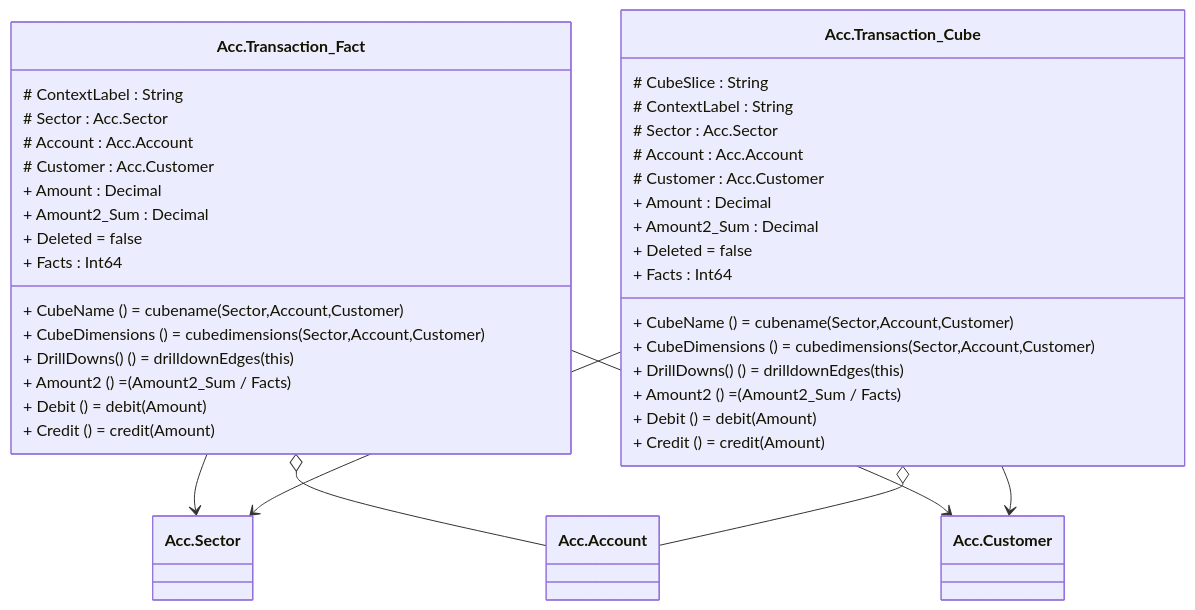
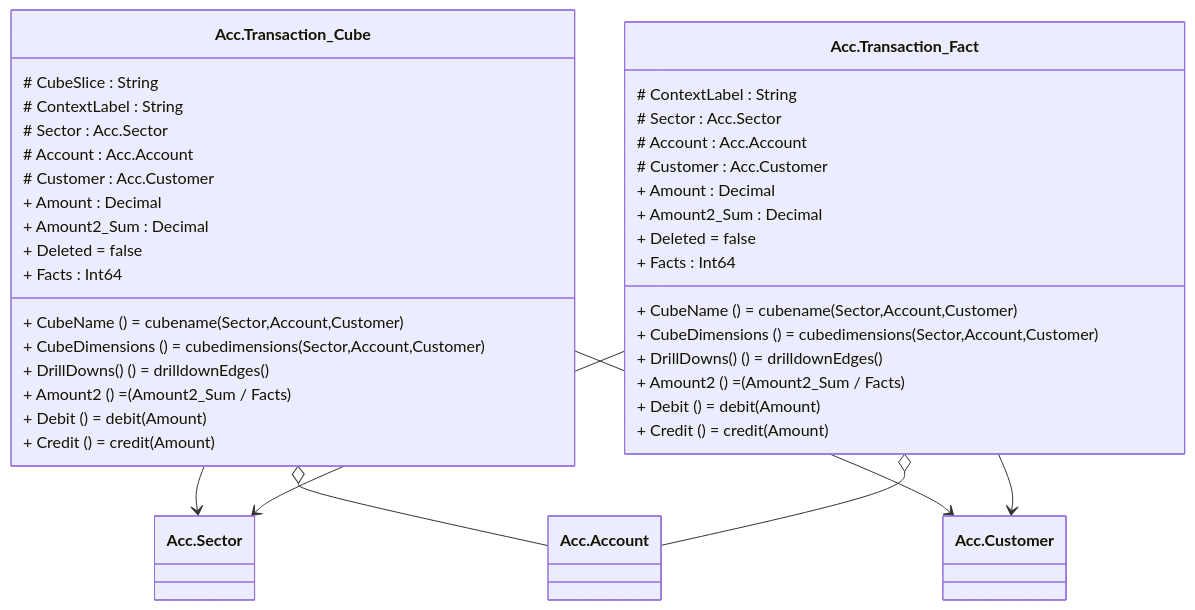
Before and after one commit to channell/Hiperspace: the diagram in examples/Account/Account-graph.md, drawn with Mermaid. The commit also changed other lines of this file and 2496 other files, not shown here.

````diff
--- a/examples/Account/Account-graph.md
+++ b/examples/Account/Account-graph.md
@@ -2,43 +2,43 @@
 ```mermaid
 classDiagram
-    class Acc.Transaction_Fact {
-        # ContextLabel  : String
-        # Sector  : Acc.Sector
-        # Account  : Acc.Account
-        # Customer  : Acc.Customer
-        + Amount  : Decimal
-        + Amount2_Sum  : Decimal
-        + Deleted  = false
-        + Facts  : Int64
-        + CubeName () = cubename(Sector,Account,Customer)
-        + CubeDimensions () = cubedimensions(Sector,Account,Customer)
-        + DrillDowns() () = drilldownEdges(this)
-        + Amount2 () = (Amount2_Sum / Facts)
-        + Debit () = debit(Amount)
-        + Credit () = credit(Amount)
-    }
-    Acc.Transaction_Fact --> Acc.Sector
-    Acc.Transaction_Fact o-- Acc.Account
-    Acc.Transaction_Fact --> Acc.Customer
     class Acc.Transaction_Cube {
         # CubeSlice  : String
         # ContextLabel  : String
         # Sector  : Acc.Sector
         # Account  : Acc.Account
         # Customer  : Acc.Customer
         + Amount  : Decimal
         + Amount2_Sum  : Decimal
         + Deleted  = false
         + Facts  : Int64
         + CubeName () = cubename(Sector,Account,Customer)
         + CubeDimensions () = cubedimensions(Sector,Account,Customer)
-        + DrillDowns() () = drilldownEdges(this)
+        + DrillDowns() () = drilldownEdges()
         + Amount2 () = (Amount2_Sum / Facts)
         + Debit () = debit(Amount)
         + Credit () = credit(Amount)
     }
     Acc.Transaction_Cube --> Acc.Sector
     Acc.Transaction_Cube o-- Acc.Account
     Acc.Transaction_Cube --> Acc.Customer
+    class Acc.Transaction_Fact {
+        # ContextLabel  : String
+        # Sector  : Acc.Sector
+        # Account  : Acc.Account
+        # Customer  : Acc.Customer
+        + Amount  : Decimal
+        + Amount2_Sum  : Decimal
+        + Deleted  = false
+        + Facts  : Int64
+        + CubeName () = cubename(Sector,Account,Customer)
+        + CubeDimensions () = cubedimensions(Sector,Account,Customer)
+        + DrillDowns() () = drilldownEdges()
+        + Amount2 () = (Amount2_Sum / Facts)
+        + Debit () = debit(Amount)
+        + Credit () = credit(Amount)
+    }
+    Acc.Transaction_Fact --> Acc.Sector
+    Acc.Transaction_Fact o-- Acc.Account
+    Acc.Transaction_Fact --> Acc.Customer
 
 ```
````
